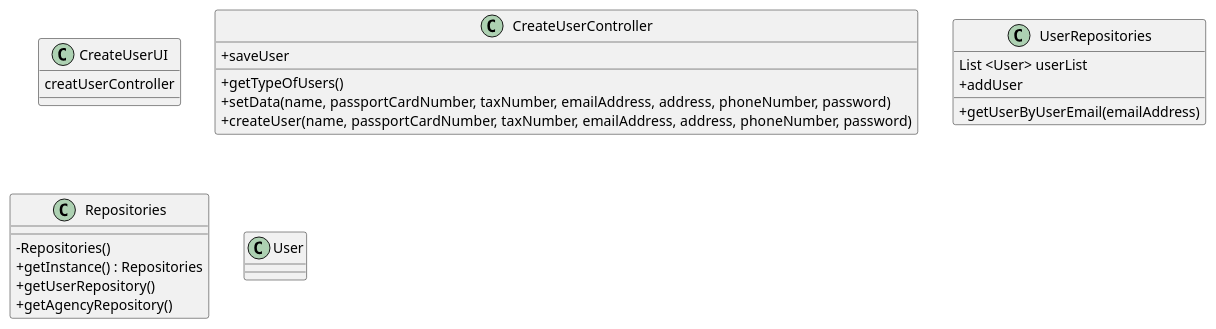
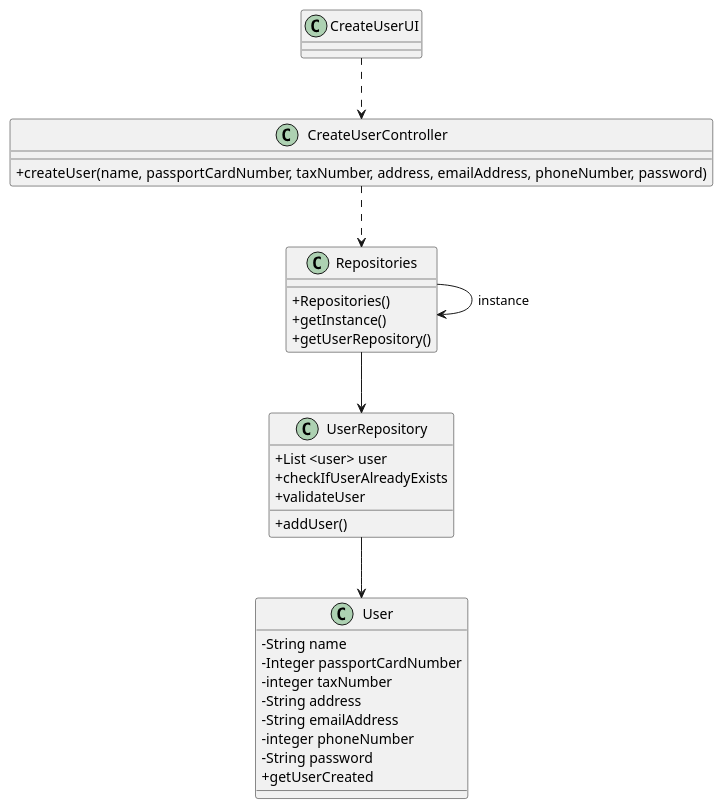
Before and after one commit to 1220812/LAPR2: the diagram in docs/sprintB/us007/03.design/puml/us007-class-diagram.puml, drawn with PlantUML. The commit also changed 3 other files, not shown here.

Commit message:
Class diagram and sequence diagram done - US007

```diff
--- a/docs/sprintB/us007/03.design/puml/us007-class-diagram.puml
+++ b/docs/sprintB/us007/03.design/puml/us007-class-diagram.puml
@@ -1,38 +1,51 @@
 @startuml
 'skinparam monochrome true
 skinparam packageStyle rectangle
 skinparam shadowing false
 skinparam linetype polyline
 'skinparam linetype orto
 
 skinparam classAttributeIconSize 0
 
 'left to right direction
 
 class CreateUserUI{
-creatUserController
 }
 
 class CreateUserController{
-+getTypeOfUsers()
-+setData(name, passportCardNumber, taxNumber, emailAddress, address, phoneNumber, password)
-+createUser(name, passportCardNumber, taxNumber, emailAddress, address, phoneNumber, password)
-+saveUser
-}
-
-class UserRepositories{
-List <User> userList
-+ addUser
-+ getUserByUserEmail(emailAddress)
++createUser(name, passportCardNumber, taxNumber, address, emailAddress, phoneNumber, password)
 }
 
 class Repositories{
--Repositories()
-+getInstance() : Repositories
++Repositories()
++getInstance()
 +getUserRepository()
-+getAgencyRepository()
+}
+
+class UserRepository{
++ List <user> user
++addUser()
++checkIfUserAlreadyExists
++validateUser
 }
 
 class User{
+- String name
+- Integer passportCardNumber
+- integer taxNumber
+- String address
+- String emailAddress
+- integer phoneNumber
+- String password
++ getUserCreated
 }
+
+CreateUserUI .-> CreateUserController
+
+CreateUserController ..> Repositories
+
+Repositories --> UserRepository
+
+Repositories --> Repositories : instance
+UserRepository --> User
 @enduml
```
